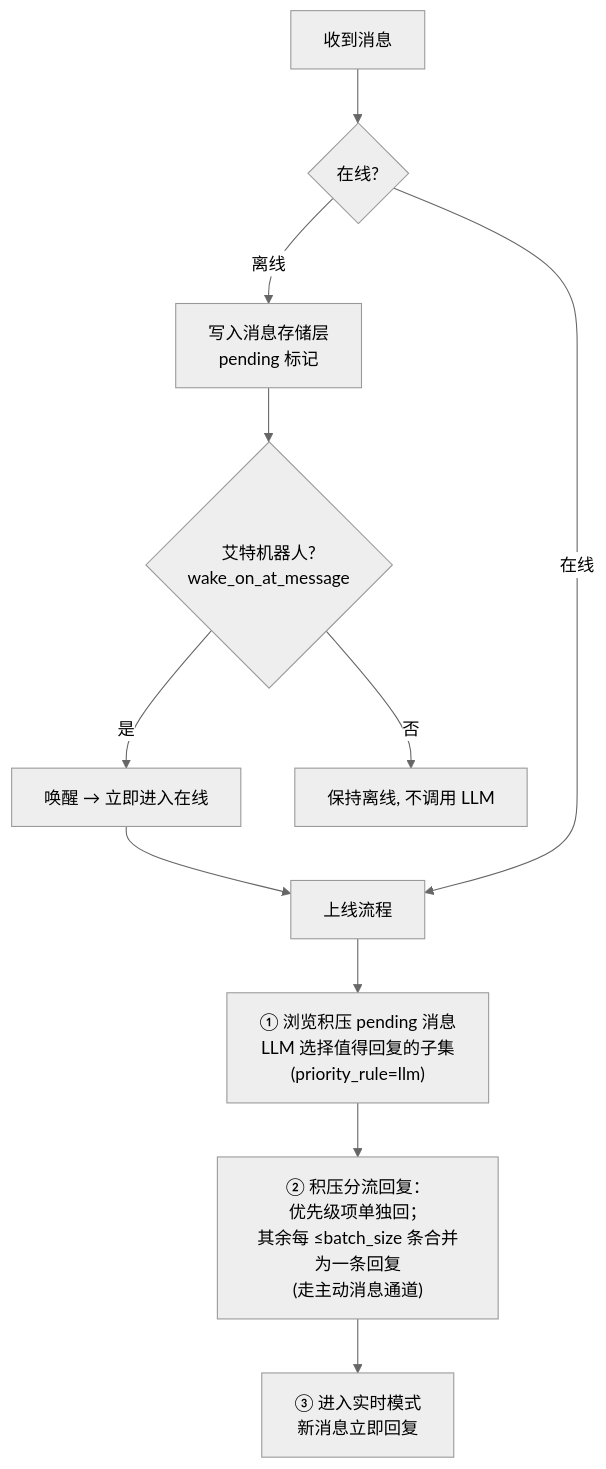
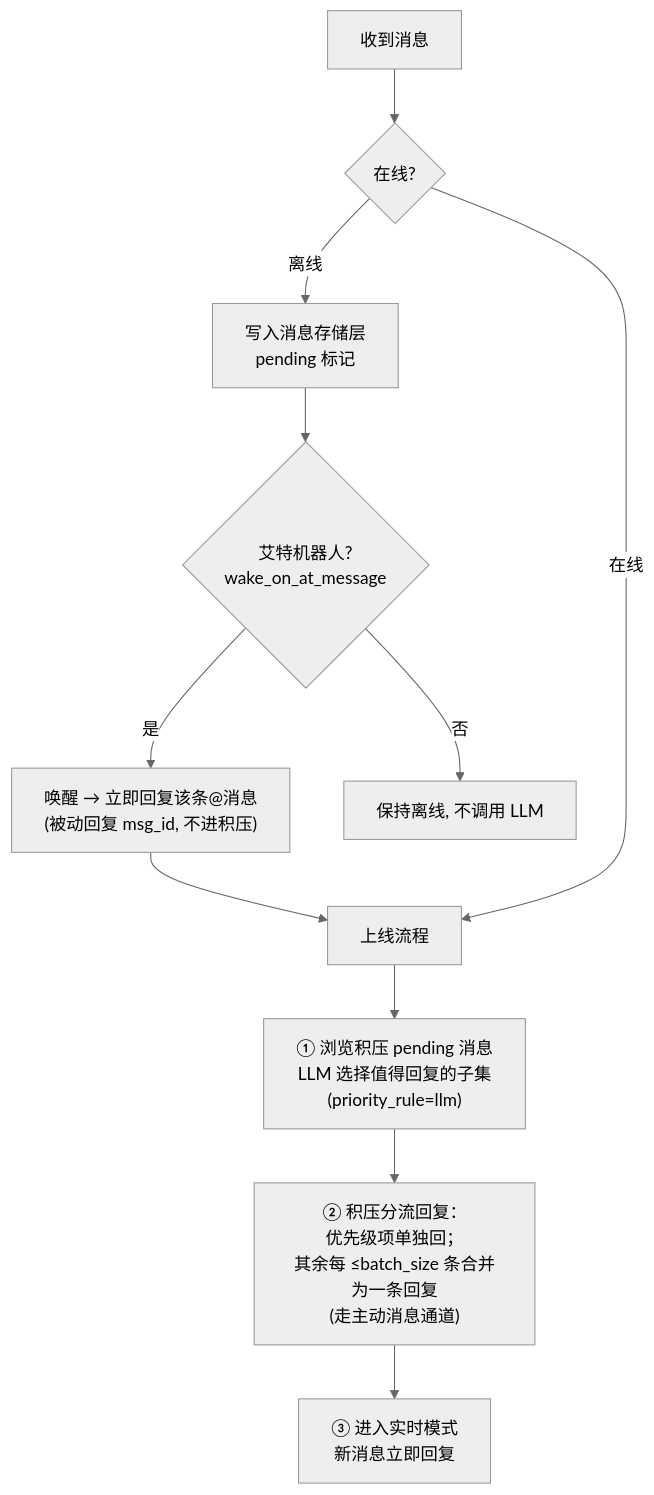
The fourth of 5 diagrams in docs/实施方案.md (Gove2004/GGBot), drawn with Mermaid (neutral theme) before and after one commit. The commit also changed other lines of this file, not shown here.

````diff
--- a/docs/实施方案.md
+++ b/docs/实施方案.md
@@ -161,13 +161,13 @@
 ```mermaid
 flowchart TD
     A[收到消息] --> B{在线?}
     B -->|离线| C[写入消息存储层<br/>pending 标记]
     C --> D{艾特机器人?<br/>wake_on_at_message}
-    D -->|是| E[唤醒 → 立即进入在线]
+    D -->|是| E["唤醒 → 立即回复该条@消息<br/>(被动回复 msg_id, 不进积压)"]
     D -->|否| F[保持离线, 不调用 LLM]
     E --> G[上线流程]
     B -->|在线| G
     G --> H["① 浏览积压 pending 消息<br/>LLM 选择值得回复的子集<br/>(priority_rule=llm)"]
     H --> I["② 积压分流回复：<br/>优先级项单独回；<br/>其余每 ≤batch_size 条合并为一条回复<br/>(走主动消息通道)"]
     I --> J[③ 进入实时模式<br/>新消息立即回复]
 ```
````
